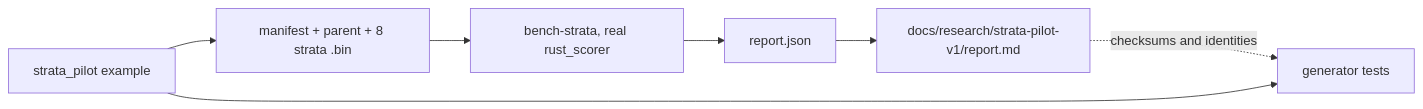
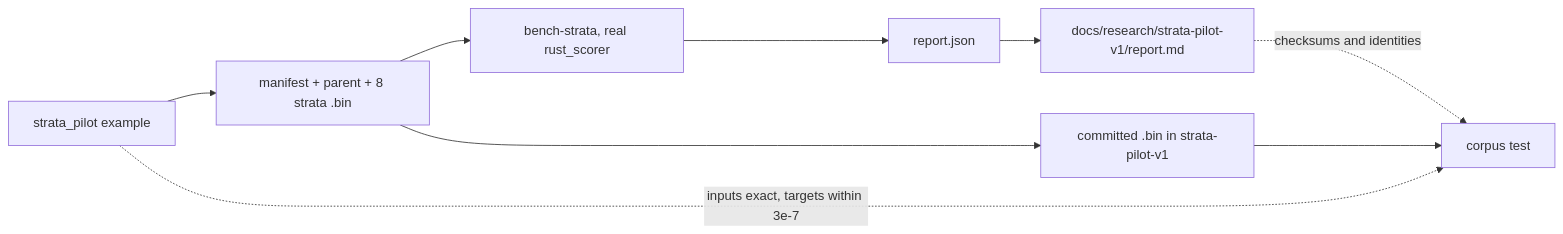
Before and after one commit to stSoftwareAU/NEAT-AI-Ockham: the diagram in docs/archive/pr-summaries/pr-summary-263.md, drawn with Mermaid. The commit also changed other lines of this file and 11 other files, not shown here.

````diff
--- a/docs/archive/pr-summaries/pr-summary-263.md
+++ b/docs/archive/pr-summaries/pr-summary-263.md
@@ -72,9 +96,11 @@
 ```mermaid
 flowchart LR
     G[strata_pilot example] --> I[manifest + parent + 8 strata .bin]
     I --> B[bench-strata, real rust_scorer]
     B --> R[report.json]
     R --> W[docs/research/strata-pilot-v1/report.md]
-    W -. checksums and identities .-> T[generator tests]
-    G --> T
+    I --> C[committed .bin in strata-pilot-v1]
+    W -. checksums and identities .-> T[corpus test]
+    C --> T
+    G -. inputs exact, targets within 3e-7 .-> T
 ```
````
